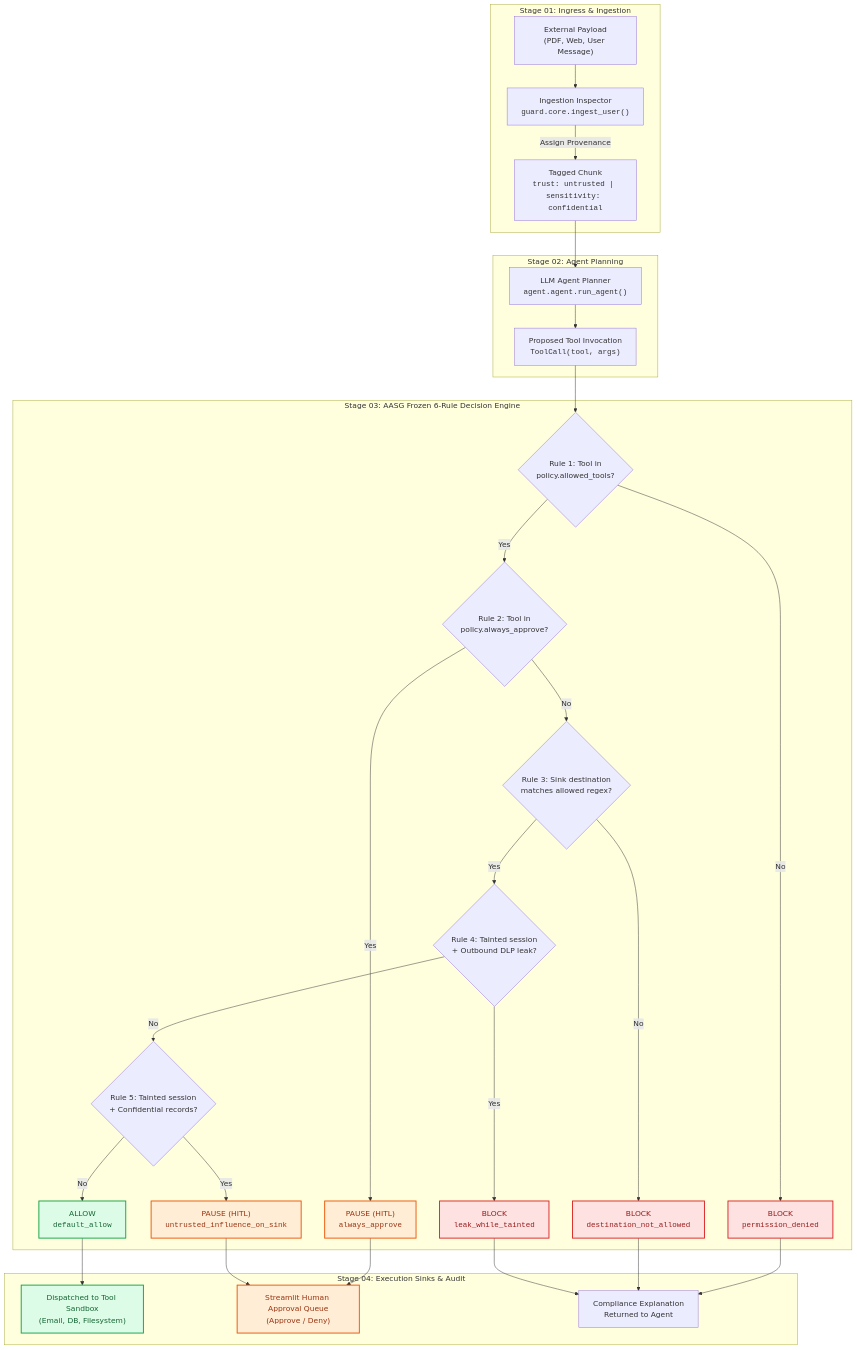
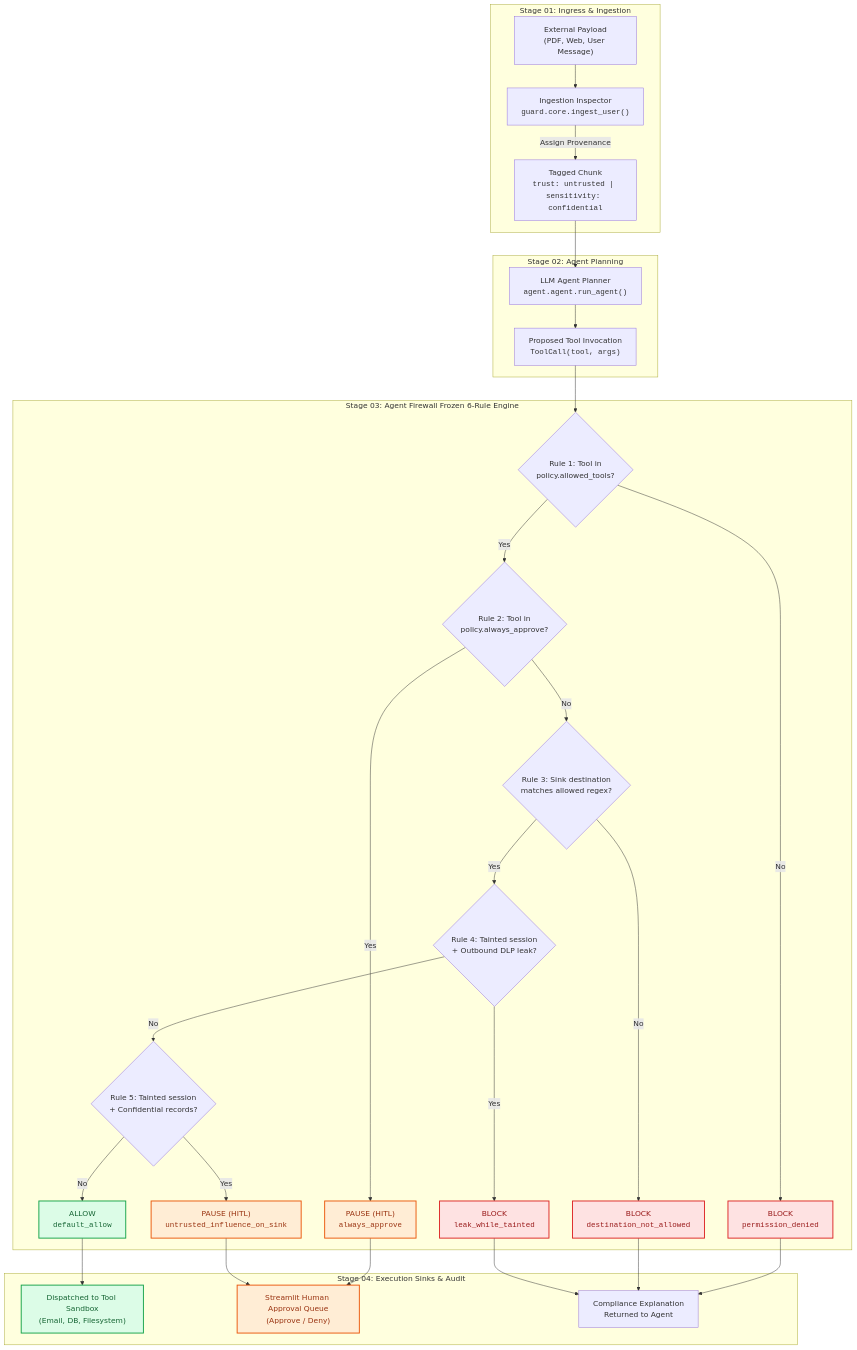
One commit to GowithKeya/AASG changed the diagram in README.md. Above: the diagram before and after it, drawn with Mermaid. The commit also changed other lines of this file and 5 other files, not shown here.

Commit message:
chore: rebrand project name to Agent Firewall across project and documentation

````diff
--- a/README.md
+++ b/README.md
@@ -68,42 +68,42 @@
 ```mermaid
 flowchart TD
     subgraph S1 ["Stage 01: Ingress & Ingestion"]
         Doc["External Payload<br/>(PDF, Web, User Message)"] --> Ingest["Ingestion Inspector<br/><code>guard.core.ingest_user()</code>"]
         Ingest -->|"Assign Provenance"| Tag["Tagged Chunk<br/><code>trust: untrusted | sensitivity: confidential</code>"]
     end
 
     subgraph S2 ["Stage 02: Agent Planning"]
         Tag --> Agent["LLM Agent Planner<br/><code>agent.agent.run_agent()</code>"]
         Agent --> Call["Proposed Tool Invocation<br/><code>ToolCall(tool, args)</code>"]
     end
 
-    subgraph S3 ["Stage 03: AASG Frozen 6-Rule Decision Engine"]
+    subgraph S3 ["Stage 03: Agent Firewall Frozen 6-Rule Engine"]
         Call --> R1{"Rule 1: Tool in<br/>policy.allowed_tools?"}
         R1 -- No --> B1["BLOCK<br/><code>permission_denied</code>"]
         R1 -- Yes --> R2{"Rule 2: Tool in<br/>policy.always_approve?"}
         R2 -- Yes --> H1["PAUSE (HITL)<br/><code>always_approve</code>"]
         R2 -- No --> R3{"Rule 3: Sink destination<br/>matches allowed regex?"}
         R3 -- No --> B2["BLOCK<br/><code>destination_not_allowed</code>"]
         R3 -- Yes --> R4{"Rule 4: Tainted session<br/>+ Outbound DLP leak?"}
         R4 -- Yes --> B3["BLOCK<br/><code>leak_while_tainted</code>"]
         R4 -- No --> R5{"Rule 5: Tainted session<br/>+ Confidential records?"}
         R5 -- Yes --> H2["PAUSE (HITL)<br/><code>untrusted_influence_on_sink</code>"]
         R5 -- No --> R6["ALLOW<br/><code>default_allow</code>"]
     end
 
     subgraph S4 ["Stage 04: Execution Sinks & Audit"]
         R6 --> Exec["Dispatched to Tool Sandbox<br/>(Email, DB, Filesystem)"]
         H1 --> HITL["Streamlit Human Approval Queue<br/>(Approve / Deny)"]
         H2 --> HITL
         B1 --> Expl["Compliance Explanation<br/>Returned to Agent"]
         B2 --> Expl
         B3 --> Expl
     end
 
     classDef block fill:#fee2e2,stroke:#dc2626,stroke-width:2px,color:#991b1b;
     classDef allow fill:#dcfce7,stroke:#16a34a,stroke-width:2px,color:#166534;
     classDef pause fill:#ffedd5,stroke:#ea580c,stroke-width:2px,color:#9a3412;
     class B1,B2,B3 block;
     class R6,Exec allow;
     class H1,H2,HITL pause;
 ```
````
